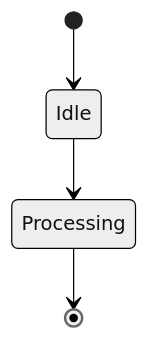
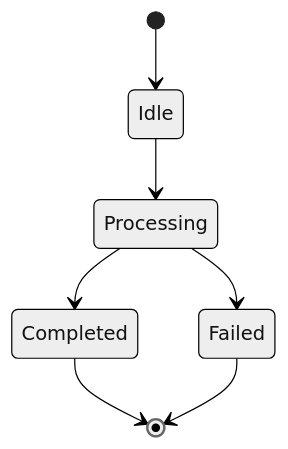
The fourth of 4 diagrams in visualization-guide.md (shangguan1024/sdd-workflow), drawn with Mermaid (neutral theme) before and after one commit. The commit also changed other lines of this file and 10 other files, not shown here.

````diff
--- a/visualization-guide.md
+++ b/visualization-guide.md
@@ -78,6 +51,9 @@
 ```mermaid
 stateDiagram-v2
     [*] --> Idle
     Idle --> Processing
-    Processing --> [*]
+    Processing --> Completed
+    Processing --> Failed
+    Completed --> [*]
+    Failed --> [*]
 ```
````
